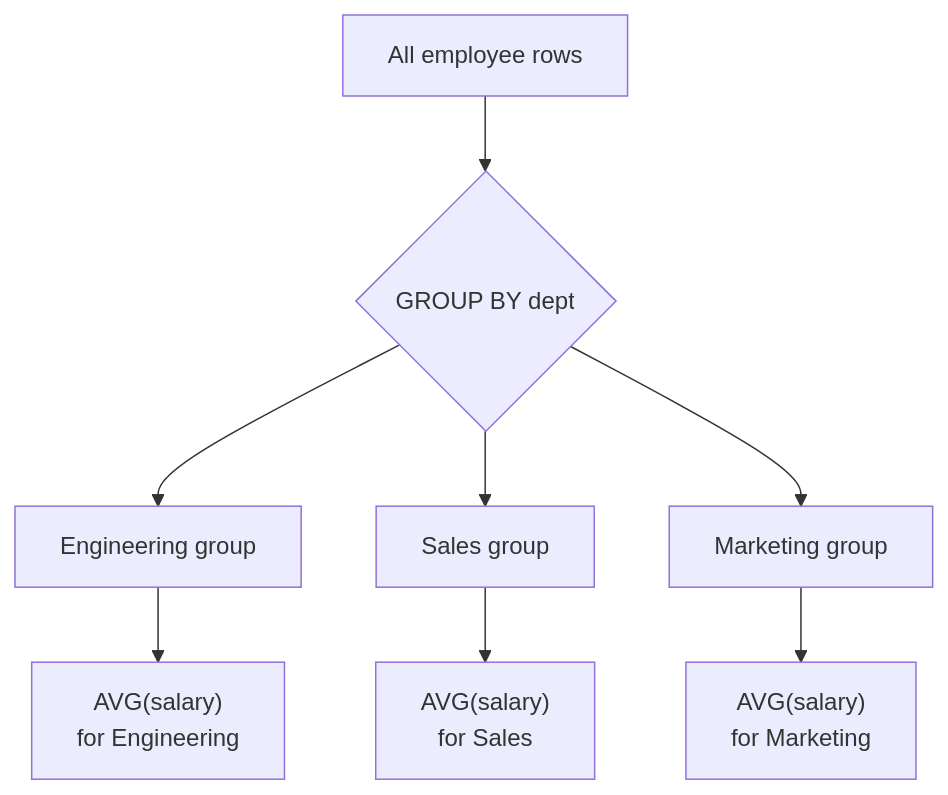
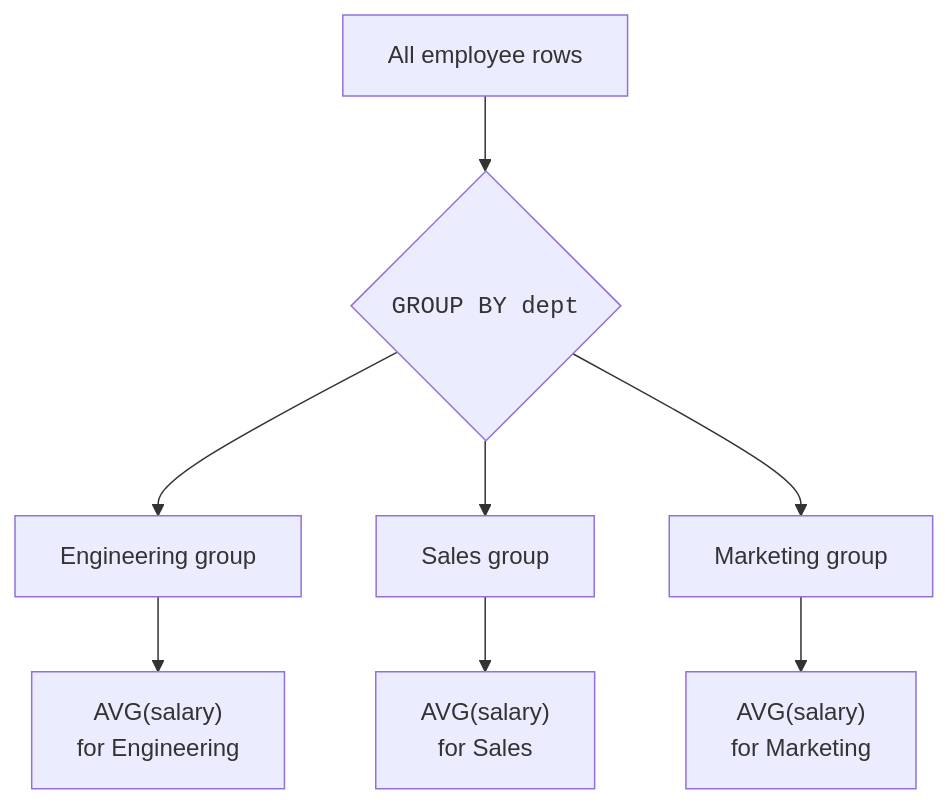
The first of 5 diagrams in content/learn/sqlite-for-beginners/grouping-data.mdx (dataslope/dataslope), drawn with Mermaid before and after one commit. The commit also changed other lines of this file and 56 other files, not shown here.

````diff
--- a/content/learn/sqlite-for-beginners/grouping-data.mdx
+++ b/content/learn/sqlite-for-beginners/grouping-data.mdx
@@ -19,10 +19,10 @@
 ```mermaid
 flowchart TB
-    Rows["All employee rows"] --> Group{"GROUP BY dept"}
+    Rows["All employee rows"] --> Group{"<code>GROUP BY dept</code>"}
     Group --> Eng["Engineering group"]
     Group --> Sales["Sales group"]
     Group --> Mkt["Marketing group"]
     Eng --> EngAvg["AVG(salary)<br/>for Engineering"]
     Sales --> SalesAvg["AVG(salary)<br/>for Sales"]
     Mkt --> MktAvg["AVG(salary)<br/>for Marketing"]
 ```
````
